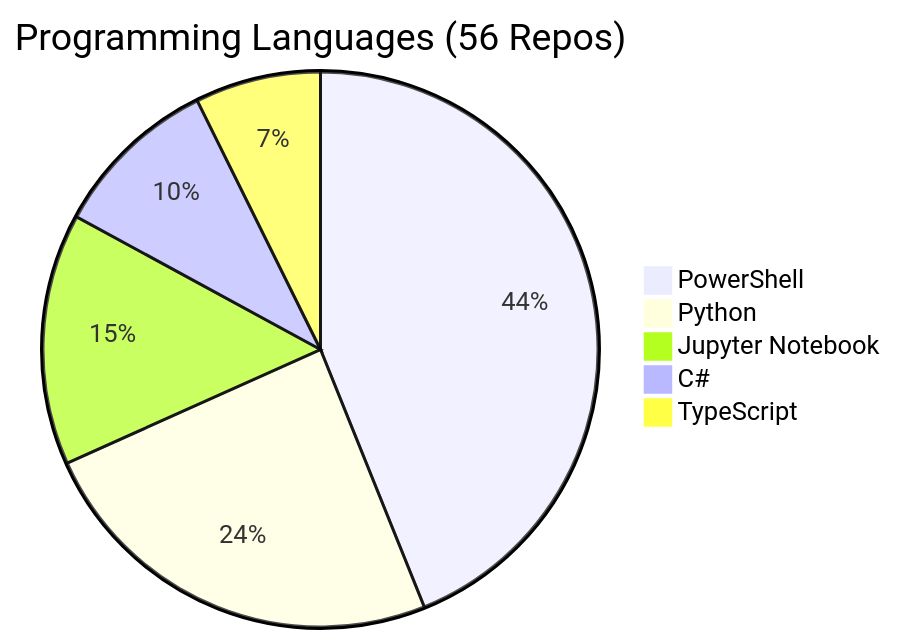
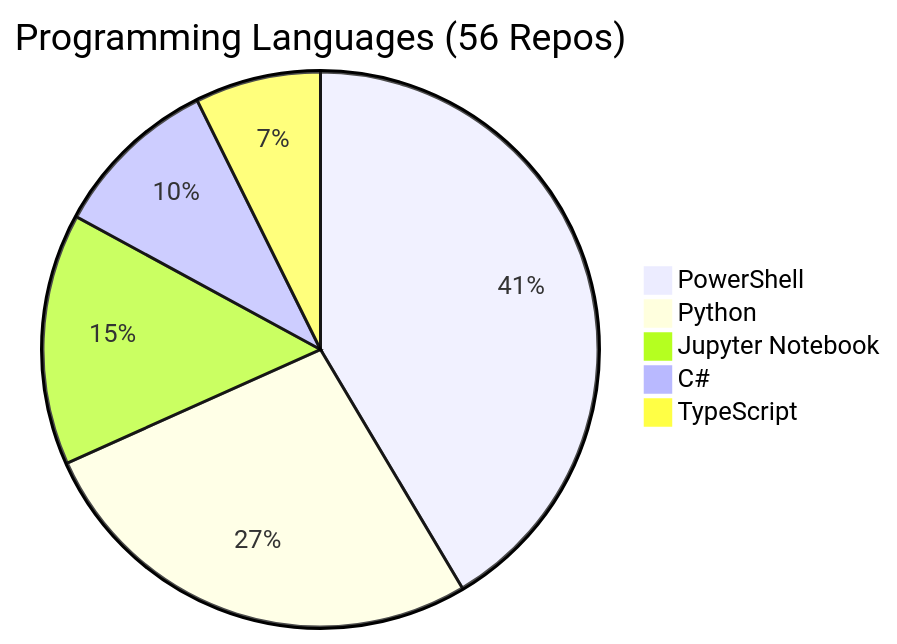
One commit to fabioc-aloha/fabioc-aloha changed the diagram in REPOS.md. Above: the diagram before and after it, drawn with Mermaid. The commit also changed other lines of this file and 1 other file, not shown here.

````diff
--- a/REPOS.md
+++ b/REPOS.md
@@ -99,8 +99,8 @@
 ```mermaid
 pie title Programming Languages (56 Repos)
-    "PowerShell" : 18
-    "Python" : 10
+    "PowerShell" : 17
+    "Python" : 11
     "Jupyter Notebook" : 6
     "C#" : 4
     "TypeScript" : 3
 ```
````
